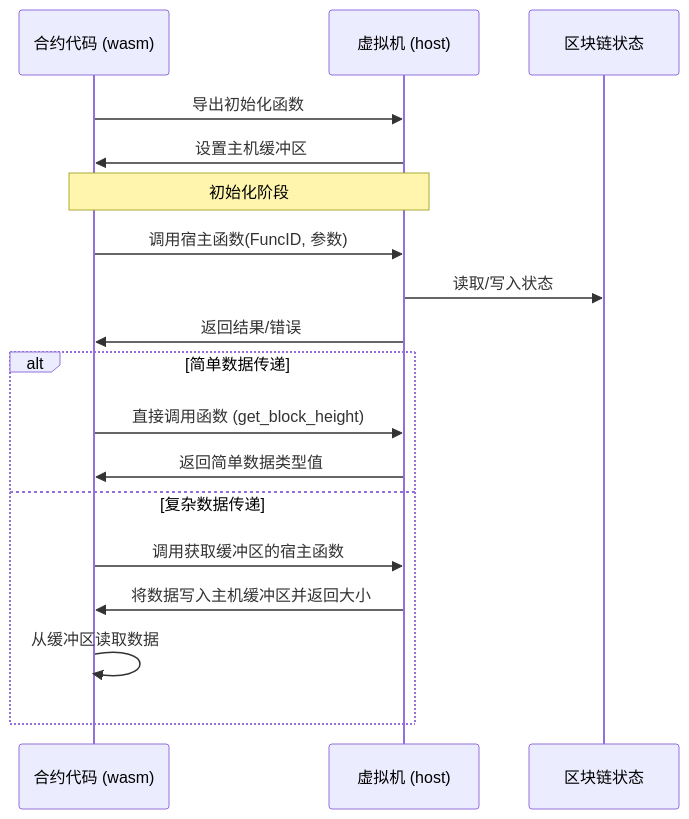
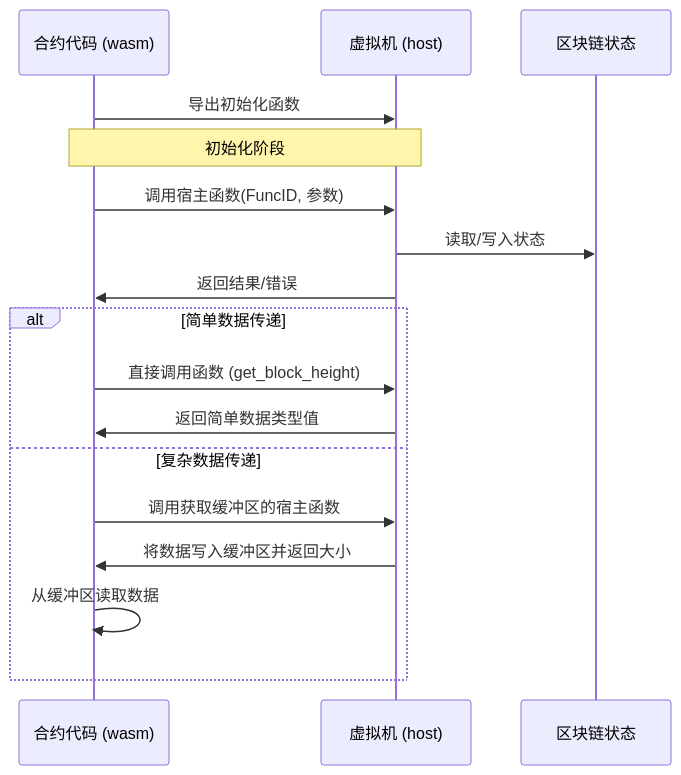
Before and after one commit to govm-net/vm: the second of 2 diagrams in docs/wasm_contract_interface.md, drawn with Mermaid. The commit also changed other lines of this file and 4 other files, not shown here.

````diff
--- a/docs/wasm_contract_interface.md
+++ b/docs/wasm_contract_interface.md
@@ -499,23 +476,22 @@
 ```mermaid
 sequenceDiagram
     participant Contract as 合约代码 (wasm)
     participant VM as 虚拟机 (host)
     participant State as 区块链状态
     
     Contract->>VM: 导出初始化函数
-    VM->>Contract: 设置主机缓冲区
     Note over Contract,VM: 初始化阶段
     
     Contract->>VM: 调用宿主函数(FuncID, 参数)
     VM->>State: 读取/写入状态
     VM->>Contract: 返回结果/错误
     
     alt 简单数据传递
         Contract->>VM: 直接调用函数 (get_block_height)
         VM->>Contract: 返回简单数据类型值
     else 复杂数据传递
         Contract->>VM: 调用获取缓冲区的宿主函数
-        VM->>Contract: 将数据写入主机缓冲区并返回大小
+        VM->>Contract: 将数据写入缓冲区并返回大小
         Contract->>Contract: 从缓冲区读取数据
     end
 ```
````
